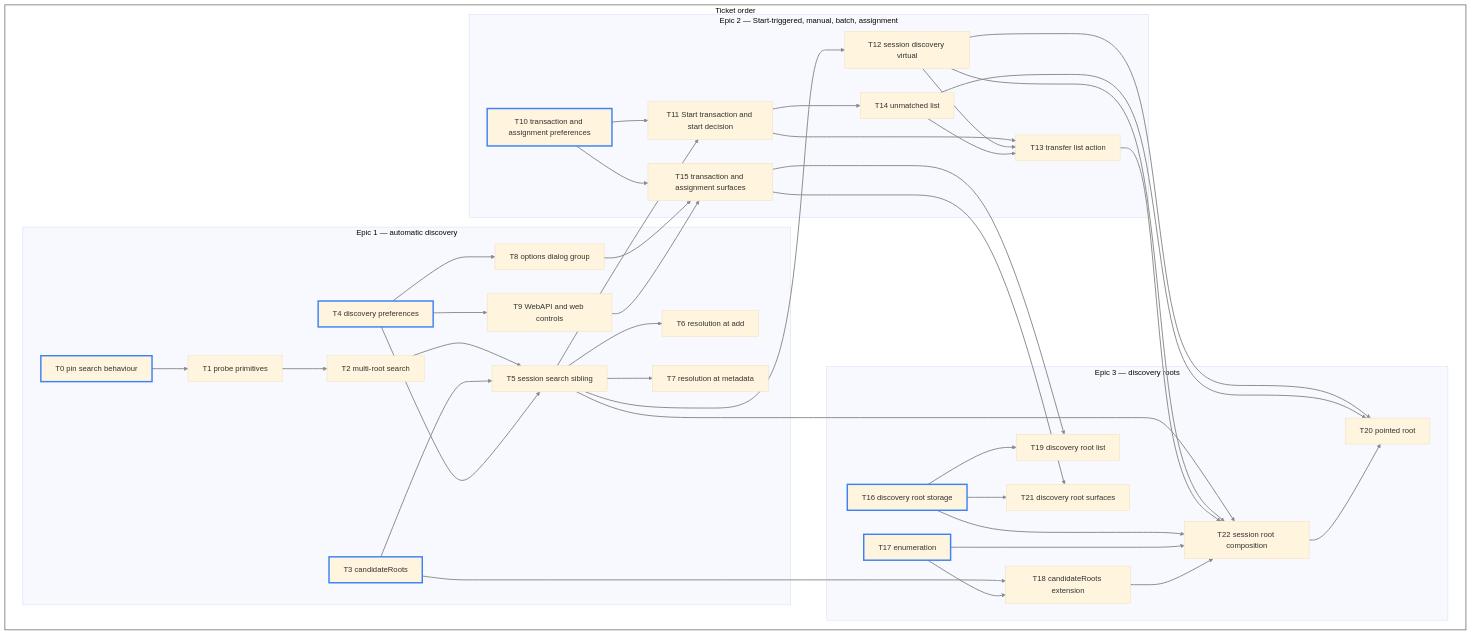
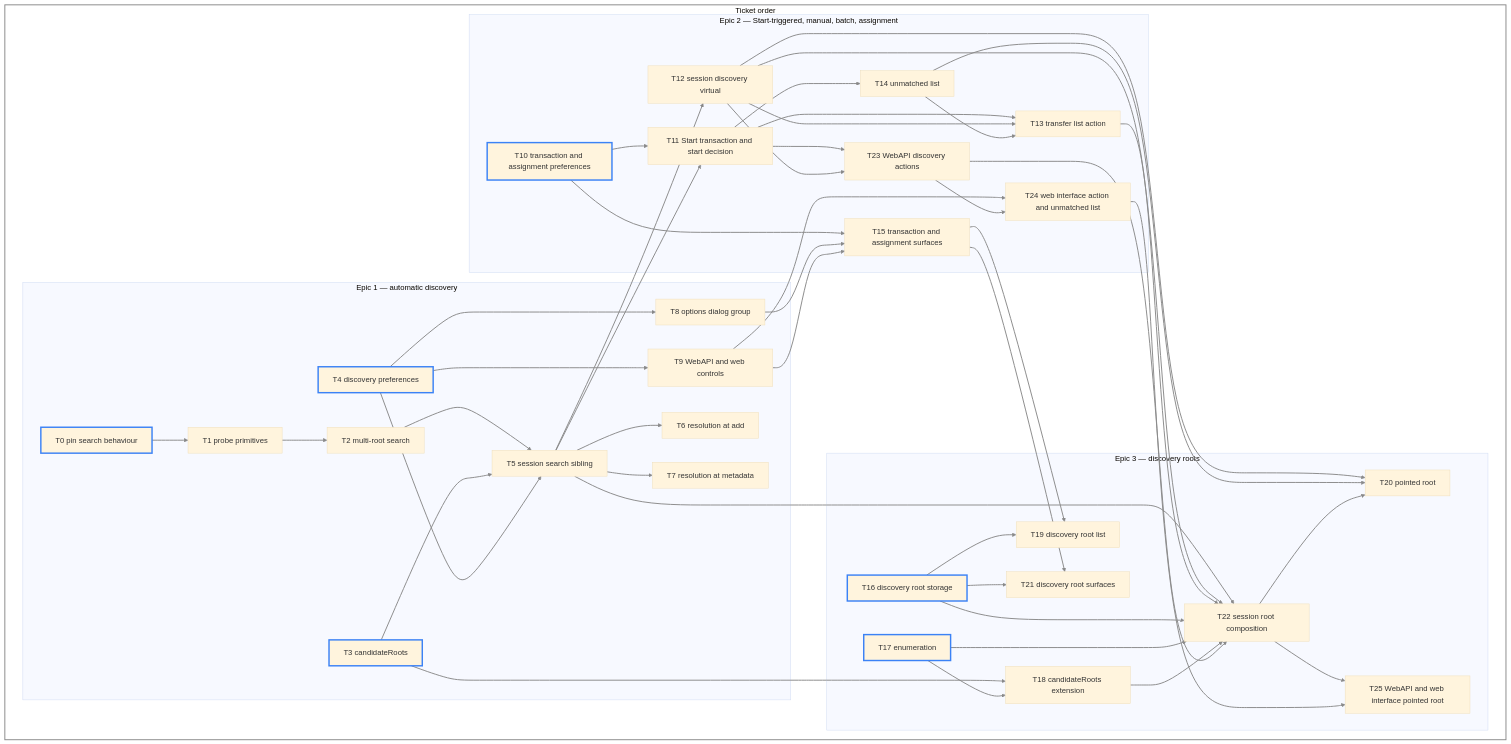
One commit to tsylvester/qBittorrent changed the diagram in doc/en/find-location_technical_requirements.md. Above: the diagram before and after it, drawn with Mermaid (base theme). The commit also changed other lines of this file and 8 other files, not shown here.

```diff
--- a/doc/en/find-location_technical_requirements.md
+++ b/doc/en/find-location_technical_requirements.md
@@ -177,6 +183,8 @@
             T13["T13 transfer list action"]
             T14["T14 unmatched list"]
             T15["T15 transaction and assignment surfaces"]
+            T23["T23 WebAPI discovery actions"]
+            T24["T24 web interface action and unmatched list"]
         end
         subgraph e3["Epic 3 — discovery roots"]
             T16["T16 discovery root storage"]
@@ -186,6 +194,7 @@
             T20["T20 pointed root"]
             T21["T21 discovery root surfaces"]
             T22["T22 session root composition"]
+            T25["T25 WebAPI and web interface pointed root"]
         end
     end
 
@@ -208,6 +217,10 @@
     T11 --> T13
     T12 --> T13
     T14 --> T13
+    T11 --> T23
+    T12 --> T23
+    T9 --> T24
+    T23 --> T24
     T3 --> T18
     T17 --> T18
     T16 --> T19
@@ -220,9 +233,12 @@
     T16 --> T22
     T17 --> T22
     T18 --> T22
+    T23 --> T22
     T12 --> T20
     T14 --> T20
     T22 --> T20
+    T22 --> T25
+    T24 --> T25
 
     linkStyle default stroke:#8a8a8a,stroke-width:2px
     style repo fill:none,stroke:#8a8a8a,stroke-width:2px
```
